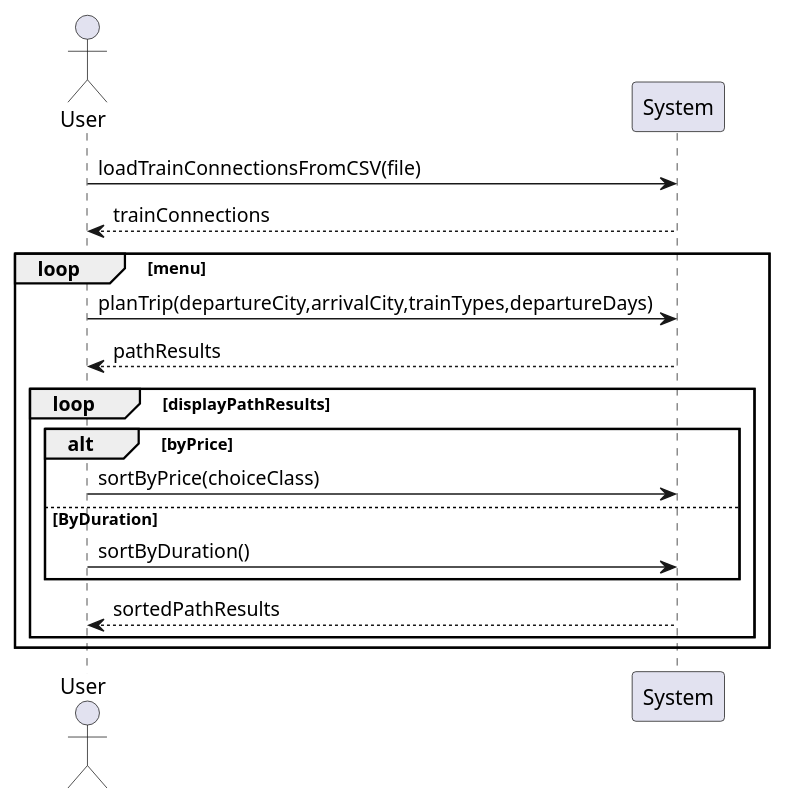
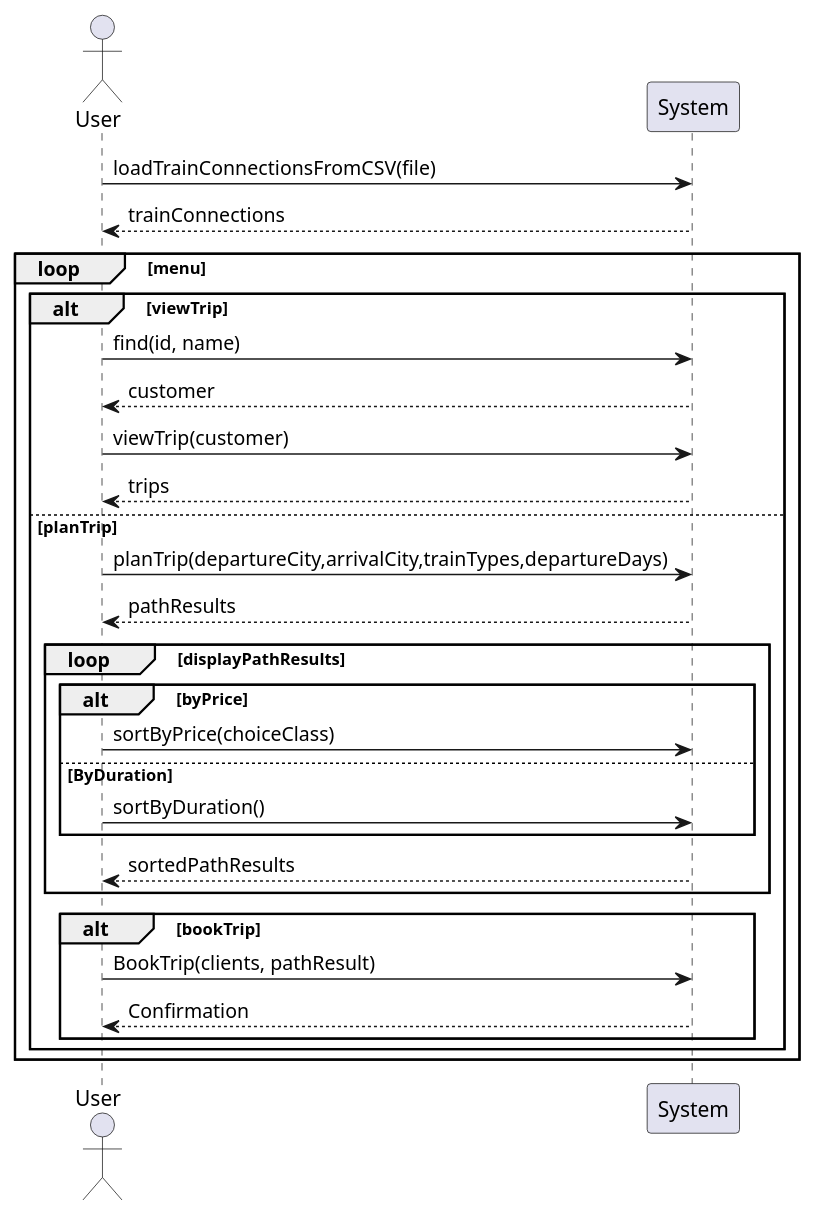
Before and after one commit to SamuelVachon/SOEN342: the diagram in Iteration_2/docs/UMLs/systemSequenceDiagram.puml, drawn with PlantUML. The commit also changed 3 other files, not shown here.

```diff
--- a/Iteration_2/docs/UMLs/systemSequenceDiagram.puml
+++ b/Iteration_2/docs/UMLs/systemSequenceDiagram.puml
@@ -1,20 +1,31 @@
 @startuml systemSequenceDiagram
 actor User
 participant System
 
 User -> System : loadTrainConnectionsFromCSV(file)
 System --> User : trainConnections
 
 loop menu
-    User-> System : planTrip(departureCity,arrivalCity,trainTypes,departureDays)
+    alt viewTrip
+        User -> System : find(id, name)
+        System --> User : customer
+        User -> System : viewTrip(customer)
+        System --> User : trips
+    else planTrip
+        User-> System : planTrip(departureCity,arrivalCity,trainTypes,departureDays)
     System --> User : pathResults
     loop displayPathResults
         alt byPrice
             User -> System : sortByPrice(choiceClass)
         else ByDuration
             User -> System : sortByDuration()
         end
         System --> User : sortedPathResults
     end
+    alt bookTrip
+        User -> System : BookTrip(clients, pathResult)
+        System --> User : Confirmation
+    end
+    end
 end
 @enduml
```
